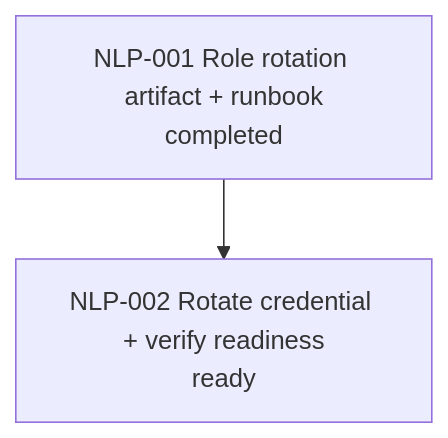
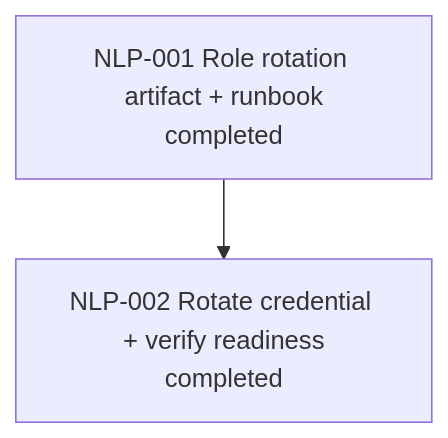
One commit to allenljf/algorithm-learning changed the fifth of 5 diagrams in agent-workflow/WORK_GRAPH.md. Above: the diagram before and after it, drawn with Mermaid. The commit also changed 3 other files, not shown here.

Commit message:
chore: rotate production Neon credential to least-privilege role

````diff
--- a/agent-workflow/WORK_GRAPH.md
+++ b/agent-workflow/WORK_GRAPH.md
@@ -139,7 +139,7 @@
 ```mermaid
 flowchart TD
   L1[NLP-001 Role rotation artifact + runbook\ncompleted]
-  L2[NLP-002 Rotate credential + verify readiness\nready]
+  L2[NLP-002 Rotate credential + verify readiness\ncompleted]
 
   L1 --> L2
 ```
````
